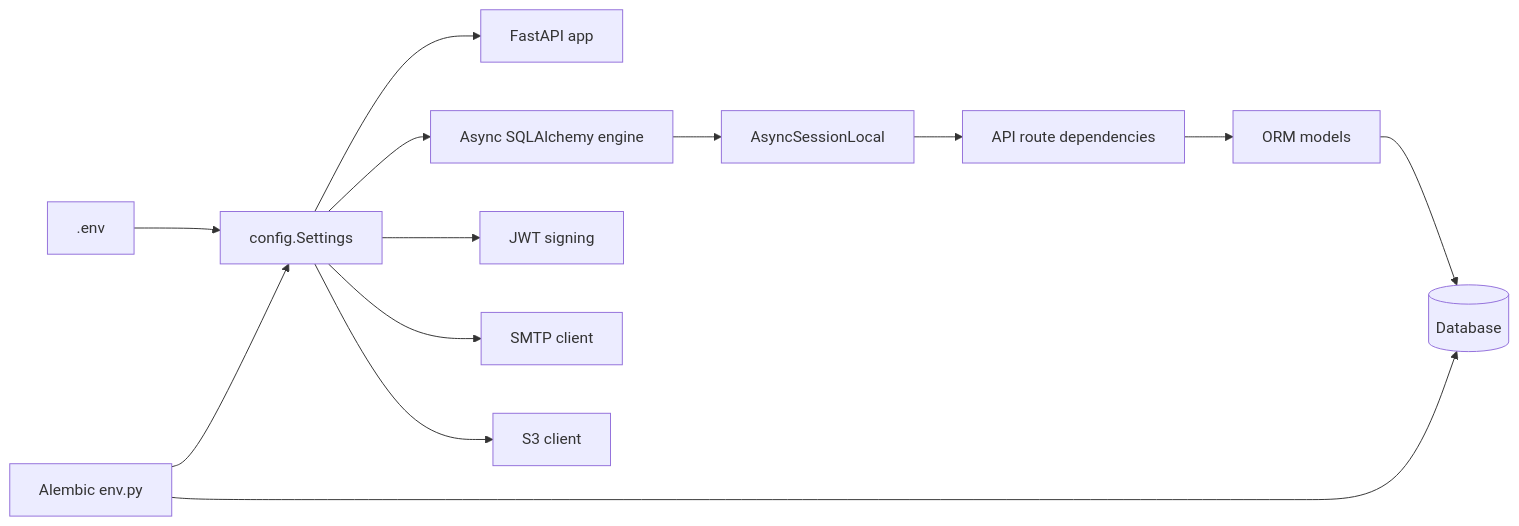
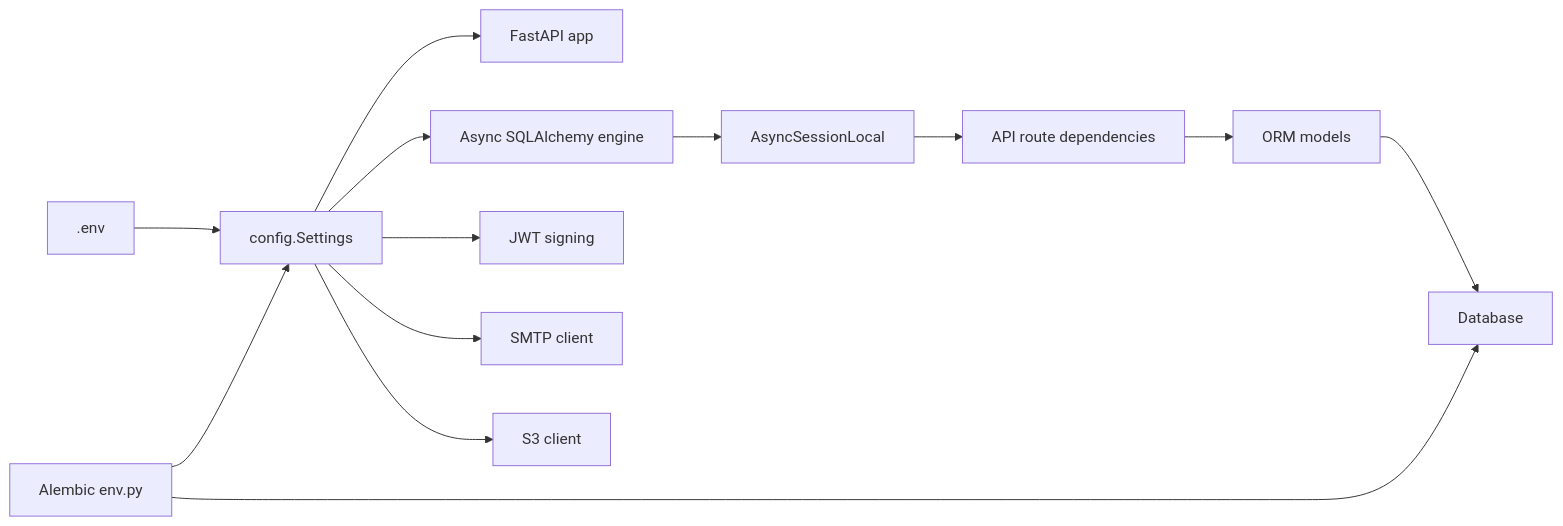
One commit to Aswin-K-V/fastAPI-webapp changed the second of 4 diagrams in README.md. Above: the diagram before and after it, drawn with Mermaid. The commit also changed other lines of this file, not shown here.

````diff
--- a/README.md
+++ b/README.md
@@ -172,17 +172,17 @@
 ```mermaid
 flowchart LR
-    EnvFile[.env] --> Settings[config.Settings]
-    Settings --> App[FastAPI app]
-    Settings --> Engine[Async SQLAlchemy engine]
-    Settings --> JWT[JWT signing]
-    Settings --> Mail[SMTP client]
-    Settings --> Storage[S3 client]
+    EnvFile[".env"] --> Settings["config.Settings"]
+    Settings --> App["FastAPI app"]
+    Settings --> Engine["Async SQLAlchemy engine"]
+    Settings --> JWT["JWT signing"]
+    Settings --> Mail["SMTP client"]
+    Settings --> Storage["S3 client"]
 
-    Engine --> Sessions[AsyncSessionLocal]
-    Sessions --> Routes[API route dependencies]
-    Routes --> Models[ORM models]
-    Models --> DB[(Database)]
+    Engine --> Sessions["AsyncSessionLocal"]
+    Sessions --> Routes["API route dependencies"]
+    Routes --> Models["ORM models"]
+    Models --> DB["Database"]
 
-    Alembic[Alembic env.py] --> Settings
+    Alembic["Alembic env.py"] --> Settings
     Alembic --> DB
 ```
````
